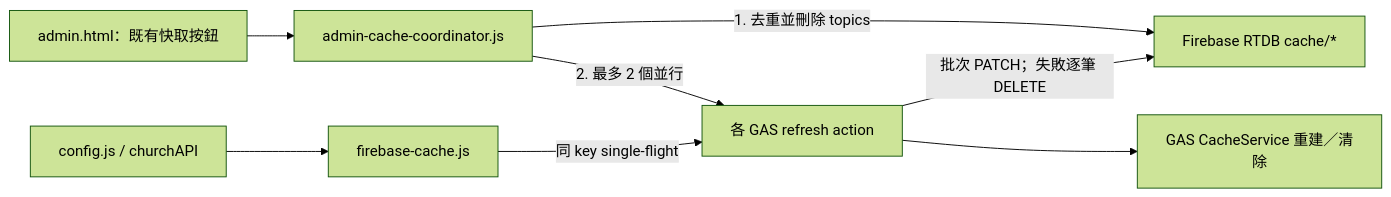
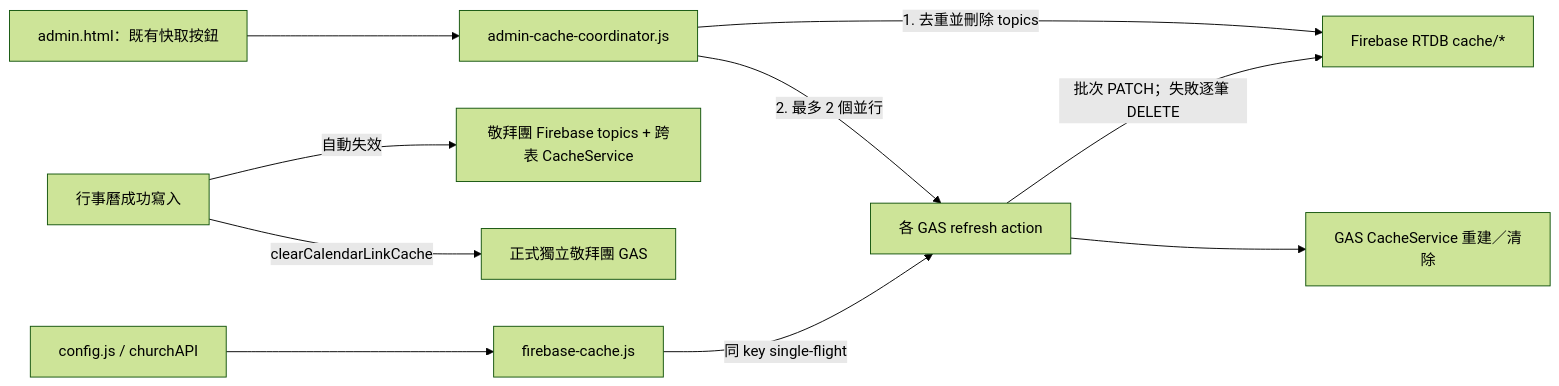
The first of 8 diagrams in docs/SYSTEM_RELATION_GRAPH.md (JirehWang/JirehWang.github.io), drawn with Mermaid (forest theme) before and after one commit. The commit also changed other lines of this file and 6 other files, not shown here.

````diff
--- a/docs/SYSTEM_RELATION_GRAPH.md
+++ b/docs/SYSTEM_RELATION_GRAPH.md
@@ -5,10 +5,12 @@
 ```mermaid
 flowchart LR
   Admin["admin.html：既有快取按鈕"] --> Coordinator["admin-cache-coordinator.js"]
   Coordinator -->|"1. 去重並刪除 topics"| RTDB["Firebase RTDB cache/*"]
   Coordinator -->|"2. 最多 2 個並行"| GAS["各 GAS refresh action"]
   GAS --> LocalCache["GAS CacheService 重建／清除"]
   GAS -->|"批次 PATCH；失敗逐筆 DELETE"| RTDB
+  CalendarWrite["行事曆成功寫入"] -->|"自動失效"| WorshipCache["敬拜團 Firebase topics + 跨表 CacheService"]
+  CalendarWrite -->|"clearCalendarLinkCache"| LegacyWorship["正式獨立敬拜團 GAS"]
   Config["config.js / churchAPI"] --> BrowserCache["firebase-cache.js"]
   BrowserCache -->|"同 key single-flight"| GAS
 ```
````
